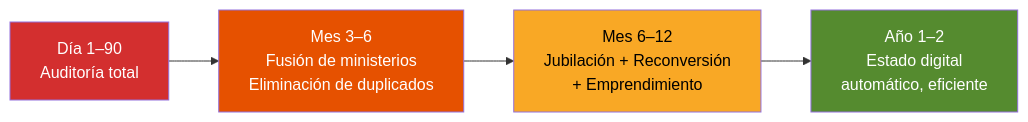
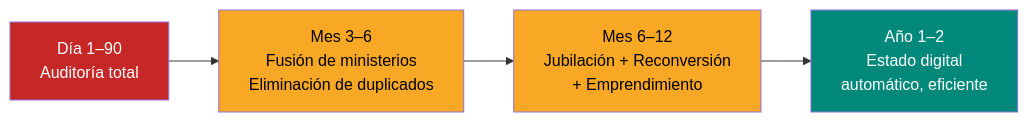
The tenth of 15 diagrams in docs/04-gobernanza/modelo-estado.md (Venezuela-S-A/venezuela-sa), drawn with Mermaid before and after one commit. The commit also changed other lines of this file and 127 other files, not shown here.

````diff
--- a/docs/04-gobernanza/modelo-estado.md
+++ b/docs/04-gobernanza/modelo-estado.md
@@ -248,10 +625,10 @@
 ```mermaid
 flowchart LR
     A["Día 1–90<br/>Auditoría total"] --> B["Mes 3–6<br/>Fusión de ministerios<br/>Eliminación de duplicados"]
     B --> C["Mes 6–12<br/>Jubilación + Reconversión<br/>+ Emprendimiento"]
     C --> D["Año 1–2<br/>Estado digital<br/>automático, eficiente"]
-    style A fill:#d32f2f,color:#fff
-    style B fill:#e65100,color:#fff
-    style C fill:#f9a825,color:#000
-    style D fill:#558b2f,color:#fff
+    style A fill:#C62828,color:#fff
+    style B fill:#F9A825,color:#000
+    style C fill:#F9A825,color:#000
+    style D fill:#00897B,color:#fff
 ```
````
